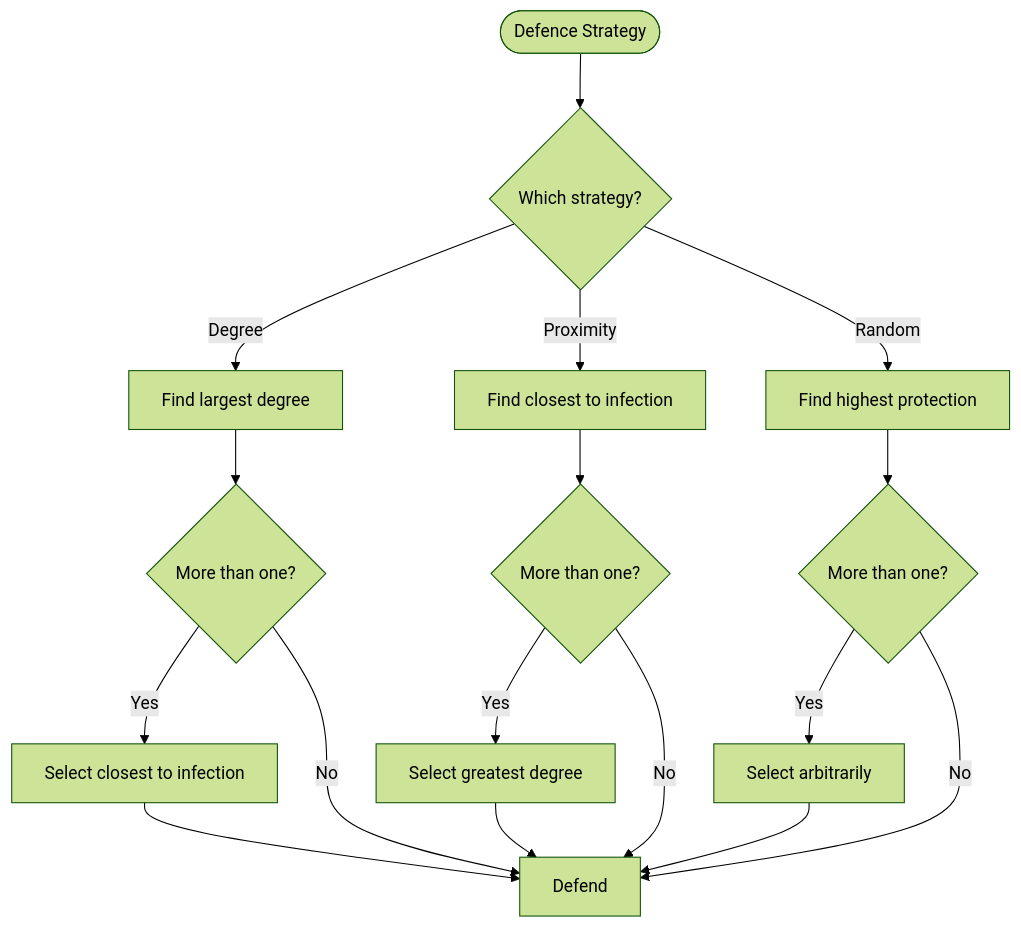
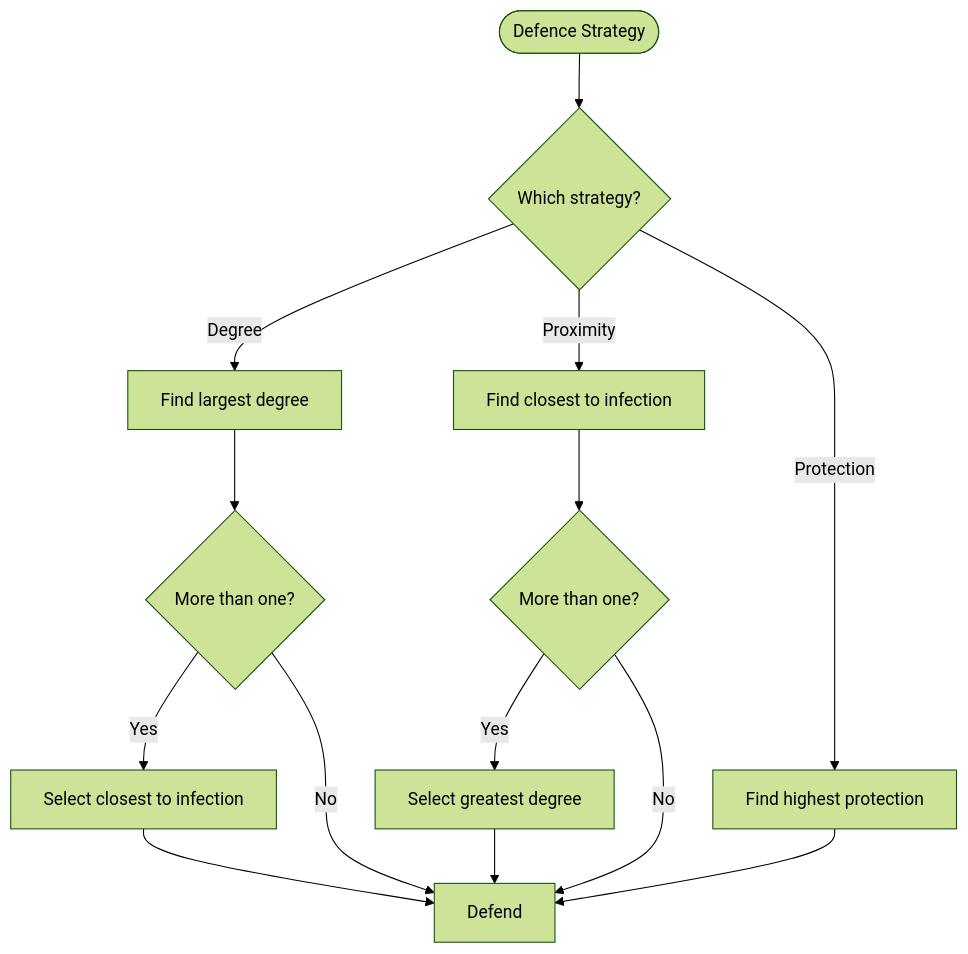
Before and after one commit to Ethan-CS/MeetingNotes: the third of 4 diagrams in Research-notes/Results/202104021049 Graphs of model results on 10 graphs.md, drawn with Mermaid (forest theme). The commit also changed 6 other files, not shown here.

````diff
--- a/Research-notes/Results/202104021049 Graphs of model results on 10 graphs.md
+++ b/Research-notes/Results/202104021049 Graphs of model results on 10 graphs.md
@@ -100,25 +98,23 @@
 ```mermaid
 
 graph TD;
 	%% Implementing defence strategies
 	A([Defence Strategy]) --> B{Which strategy?};
 	
 	%% Degree
 	B -->|Degree| Deg1[Find largest degree]
 	Deg1 --> Deg2{More than one?}
 	Deg2 -->|Yes| Deg3[Select closest to infection] --> Defend
 	Deg2 -->|No| Defend
 	
 	%% Proximity
 	B -->|Proximity| Prox1[Find closest to infection]
 	Prox1 --> Prox2{More than one?}
 	Prox2 -->|Yes| Prox3[Select greatest degree] --> Defend
 	Prox2 -->|No| Defend
 	
 	%% Protection
-	B -->|Random| Prot1[Find highest protection]
-	Prot1 --> Prot2{More than one?}
-	Prot2 -->|Yes| Prot3[Select arbitrarily] --> Defend
-	Prot2 -->|No| Defend
+	B -->|Protection| Prot1[Find highest protection]
+	Prot1 -->Defend
 
 ```
````
